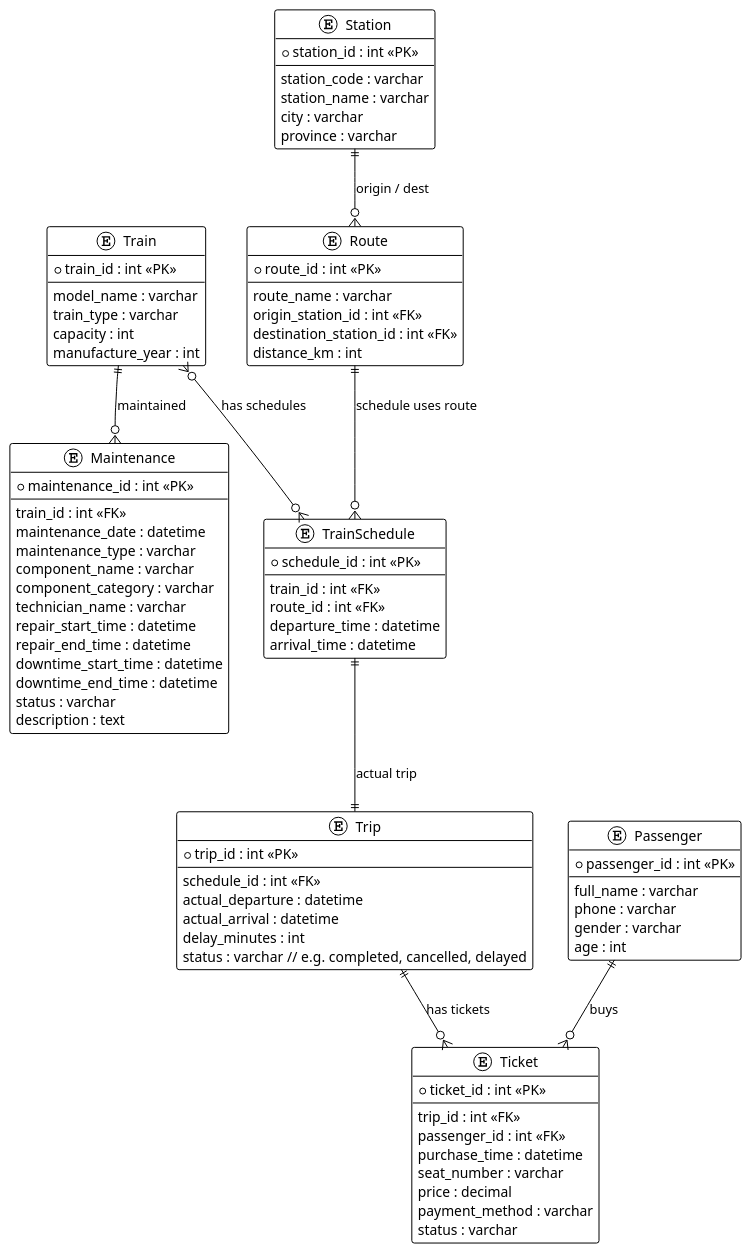
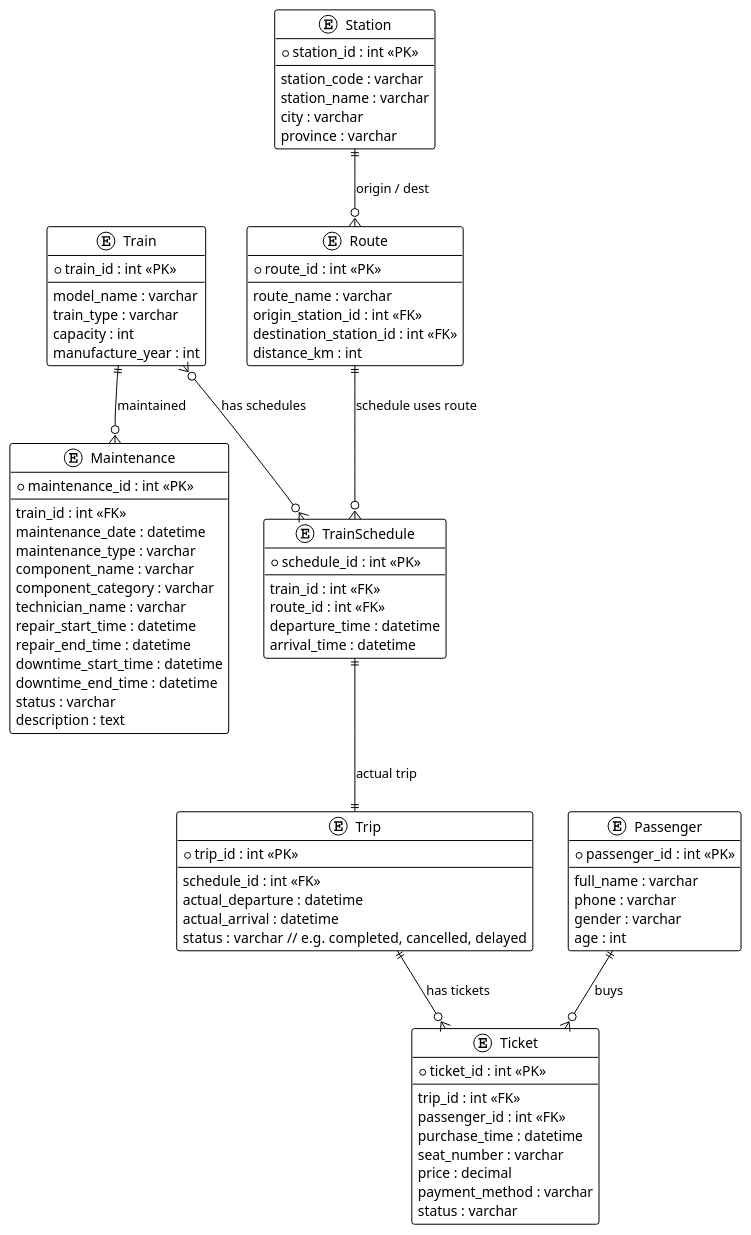
Before and after one commit to Squadron-team/KAI-Data-Warehouse: the diagram in design/oltp.plantuml, drawn with PlantUML. The commit also changed 2 other files, not shown here.

```diff
--- a/design/oltp.plantuml
+++ b/design/oltp.plantuml
@@ -1,97 +1,96 @@
 @startuml
 !theme plain
 
 entity "Train" as Train {
   * train_id : int <<PK>>
   --
   model_name : varchar
   train_type : varchar
   capacity : int
   manufacture_year : int
 }
 
 entity "Station" as Station {
   * station_id : int <<PK>>
   --
   station_code : varchar
   station_name : varchar
   city : varchar
   province : varchar
 }
 
 entity "Route" as Route {
   * route_id : int <<PK>>
   --
   route_name : varchar
   origin_station_id : int <<FK>>
   destination_station_id : int <<FK>>
   distance_km : int
 }
 
 entity "TrainSchedule" as TrainSchedule {
   * schedule_id : int <<PK>>
   --
   train_id : int <<FK>>
   route_id : int <<FK>>
   departure_time : datetime
   arrival_time : datetime
 }
 
 entity "Trip" as Trip {
   * trip_id : int <<PK>>
   --
   schedule_id : int <<FK>>
   actual_departure : datetime
   actual_arrival : datetime
-  delay_minutes : int
   status : varchar  // e.g. completed, cancelled, delayed
 }
 
 entity "Passenger" as Passenger {
   * passenger_id : int <<PK>>
   --
   full_name : varchar
   phone : varchar
   gender : varchar
   age : int
 }
 
 entity "Ticket" as Ticket {
   * ticket_id : int <<PK>>
   --
   trip_id : int <<FK>>
   passenger_id : int <<FK>>
   purchase_time : datetime
   seat_number : varchar
   price : decimal
   payment_method : varchar
   status : varchar
 }
 
 entity "Maintenance" as Maintenance {
   * maintenance_id : int <<PK>>
   --
   train_id : int <<FK>>
   maintenance_date : datetime
   maintenance_type : varchar
   component_name : varchar
   component_category : varchar
   technician_name : varchar
   repair_start_time : datetime
   repair_end_time : datetime
   downtime_start_time : datetime
   downtime_end_time : datetime
   status : varchar
   description : text
 }
 
 ' Relationships
 Train }o--o{ TrainSchedule : "has schedules"
 TrainSchedule ||--|| Trip : "actual trip"
 Route ||--o{ TrainSchedule : "schedule uses route"
 Station ||--o{ Route : "origin / dest"
 Passenger ||--o{ Ticket : "buys"
 Trip ||--o{ Ticket : "has tickets"
 Train ||--o{ Maintenance : "maintained"
 
 @enduml
```
